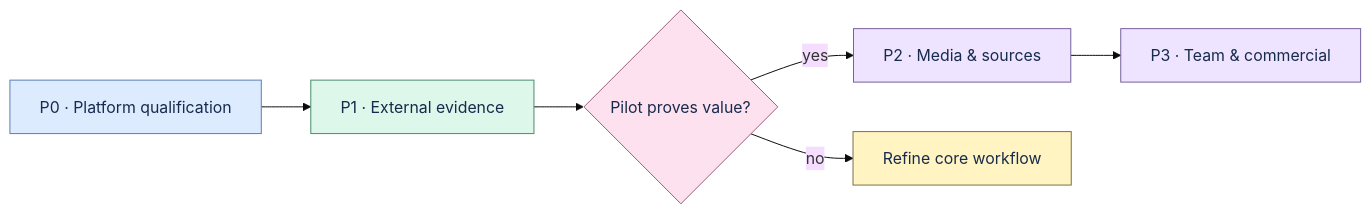
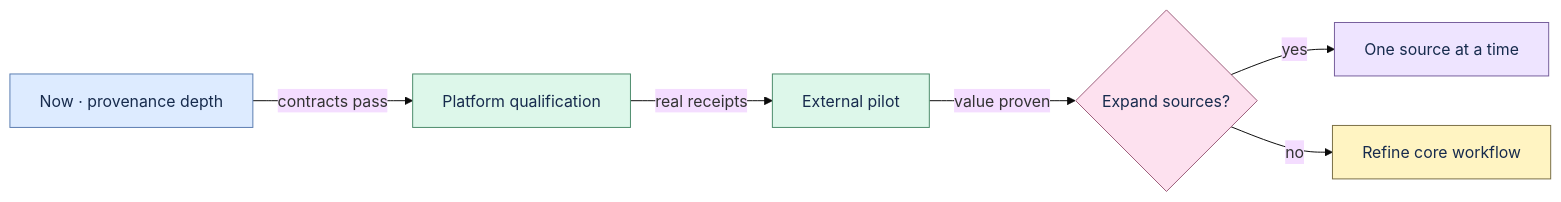
The diagram in NEXT_STEPS.md (thangldw/proofline), drawn with Mermaid (base theme) before and after one commit. The commit also changed other lines of this file and 29 other files, not shown here.

````diff
--- a/NEXT_STEPS.md
+++ b/NEXT_STEPS.md
@@ -6,19 +10,19 @@
 ```mermaid
 flowchart LR
-    P0["P0 · Platform qualification"] --> P1["P1 · External evidence"]
-    P1 --> G{"Pilot proves value?"}
-    G -->|yes| P2["P2 · Media & sources"]
-    G -->|no| R["Refine core workflow"]
-    P2 --> P3["P3 · Team & commercial"]
+    N["Now · provenance depth"] -->|contracts pass| Q["Platform qualification"]
+    Q -->|real receipts| P["External pilot"]
+    P -->|value proven| S{"Expand sources?"}
+    S -->|yes| E["One source at a time"]
+    S -->|no| R["Refine core workflow"]
 
-    classDef now fill:#DDEBFF,stroke:#5B7DB1,color:#172B4D;
+    classDef current fill:#DDEBFF,stroke:#5B7DB1,color:#172B4D;
     classDef evidence fill:#DDF7EA,stroke:#4C8B6B,color:#172B4D;
     classDef gate fill:#FDE1EF,stroke:#9C5E7B,color:#172B4D;
     classDef later fill:#EEE4FF,stroke:#765E9C,color:#172B4D;
     classDef loop fill:#FFF4C2,stroke:#7A6F45,color:#172B4D;
-    class P0 now;
-    class P1 evidence;
-    class G gate;
-    class P2,P3 later;
+    class N current;
+    class Q,P evidence;
+    class S gate;
+    class E later;
     class R loop;
 ```
````
